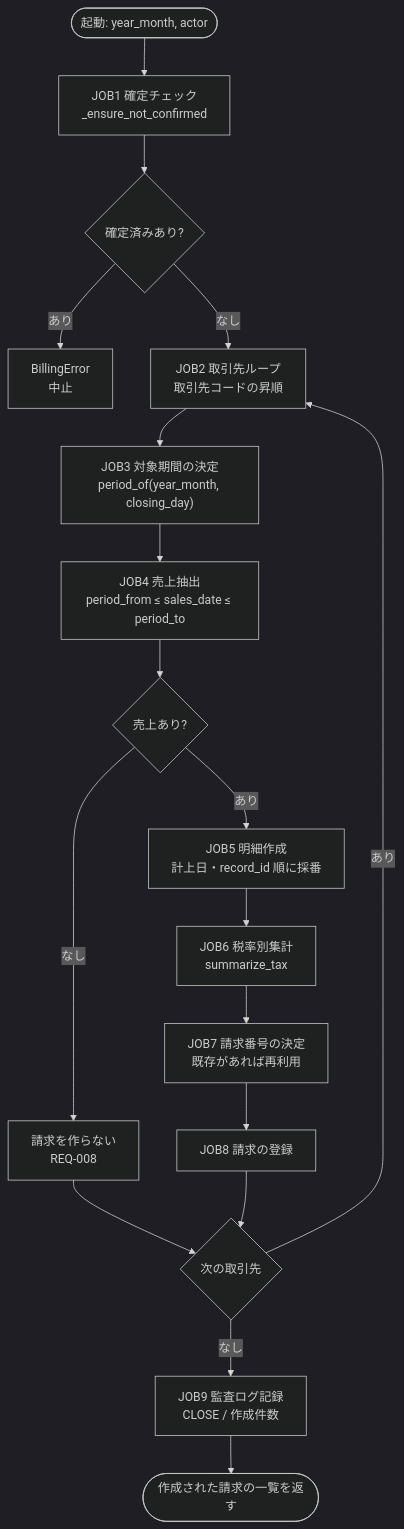
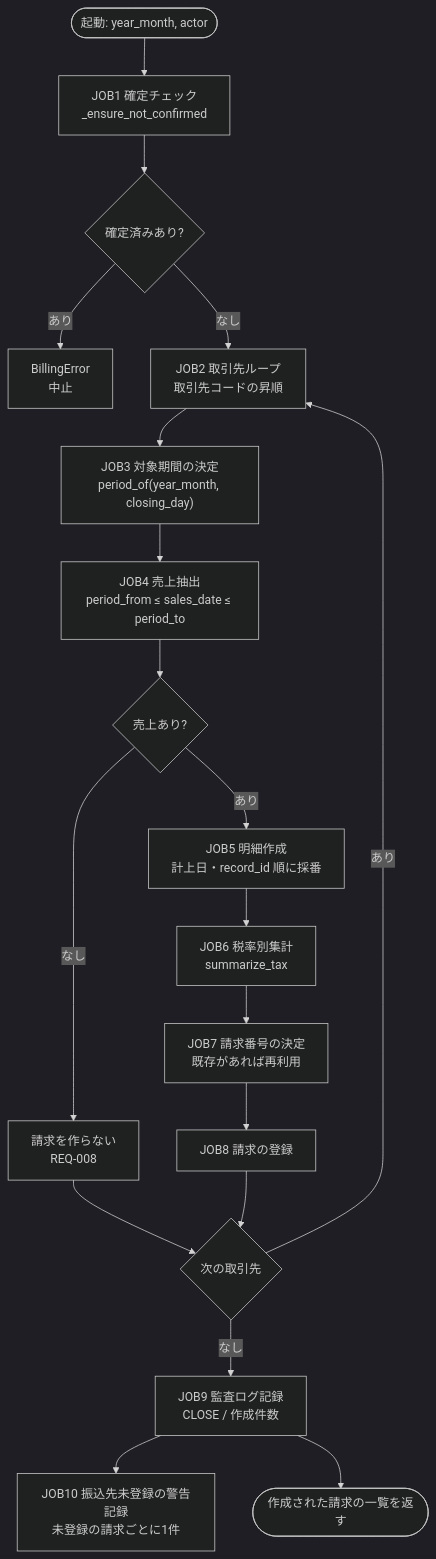
The first of 2 diagrams in examples/monthly-billing/docs/deliverables/batch/02-batch-flow.md (SeckeyJP/j-six), drawn with Mermaid (dark theme) before and after one commit. The commit also changed other lines of this file and 6 other files, not shown here.

````diff
--- a/examples/monthly-billing/docs/deliverables/batch/02-batch-flow.md
+++ b/examples/monthly-billing/docs/deliverables/batch/02-batch-flow.md
@@ -9,20 +9,21 @@
 ```mermaid
 flowchart TD
     START([起動: year_month, actor]) --> J1
     J1["JOB1 確定チェック<br/>_ensure_not_confirmed"] --> J1D{確定済みあり?}
     J1D -->|あり| ERR["BillingError<br/>中止"]
     J1D -->|なし| J2["JOB2 取引先ループ<br/>取引先コードの昇順"]
     J2 --> J3["JOB3 対象期間の決定<br/>period_of(year_month, closing_day)"]
     J3 --> J4["JOB4 売上抽出<br/>period_from ≤ sales_date ≤ period_to"]
     J4 --> J4D{売上あり?}
     J4D -->|なし| SKIP["請求を作らない<br/>REQ-008"]
     J4D -->|あり| J5["JOB5 明細作成<br/>計上日・record_id 順に採番"]
     J5 --> J6["JOB6 税率別集計<br/>summarize_tax"]
     J6 --> J7["JOB7 請求番号の決定<br/>既存があれば再利用"]
     J7 --> J8["JOB8 請求の登録"]
     SKIP --> NEXT{次の取引先}
     J8 --> NEXT
     NEXT -->|あり| J2
     NEXT -->|なし| J9["JOB9 監査ログ記録<br/>CLOSE / 作成件数"]
+    J9 --> J10["JOB10 振込先未登録の警告記録<br/>未登録の請求ごとに1件"]
     J9 --> END([作成された請求の一覧を返す])
 ```
````
